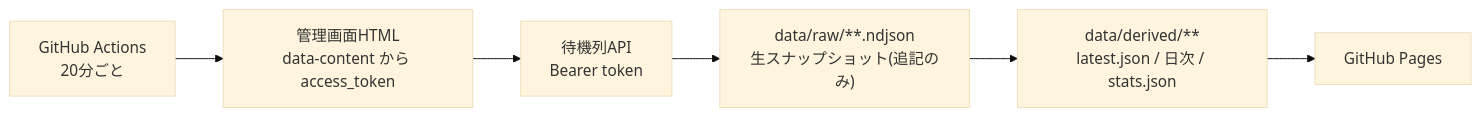
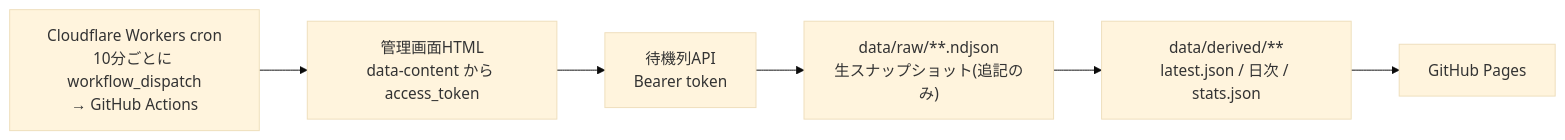
Before and after one commit to bonjinnorenka/queue-observer-jp: the diagram in README.md, drawn with Mermaid (base theme). The commit also changed other lines of this file and 2 other files, not shown here.

Commit message:
観測間隔を10分ごとに短縮(Cloudflare cronを6回/時に変更)

````diff
--- a/README.md
+++ b/README.md
@@ -17,8 +17,8 @@
 ```mermaid
 flowchart LR
-  cron["GitHub Actions<br/>20分ごと"] --> admin["管理画面HTML<br/>data-content から access_token"]
+  cron["Cloudflare Workers cron<br/>10分ごとに workflow_dispatch<br/>→ GitHub Actions"] --> admin["管理画面HTML<br/>data-content から access_token"]
   admin --> api["待機列API<br/>Bearer token"]
   api --> raw["data/raw/**.ndjson<br/>生スナップショット(追記のみ)"]
   raw --> derived["data/derived/**<br/>latest.json / 日次 / stats.json"]
   derived --> pages["GitHub Pages"]
 ```
````
